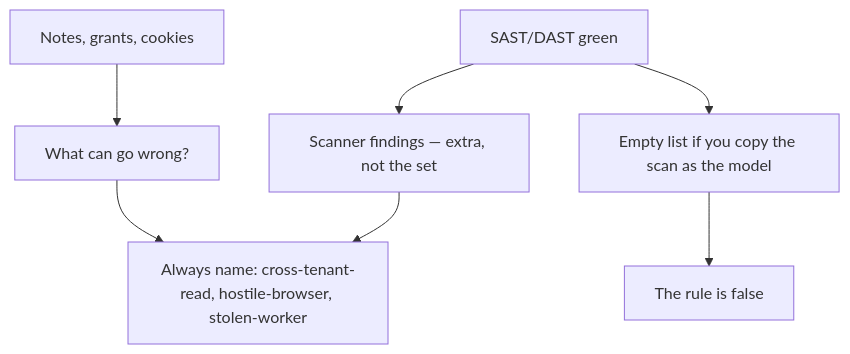
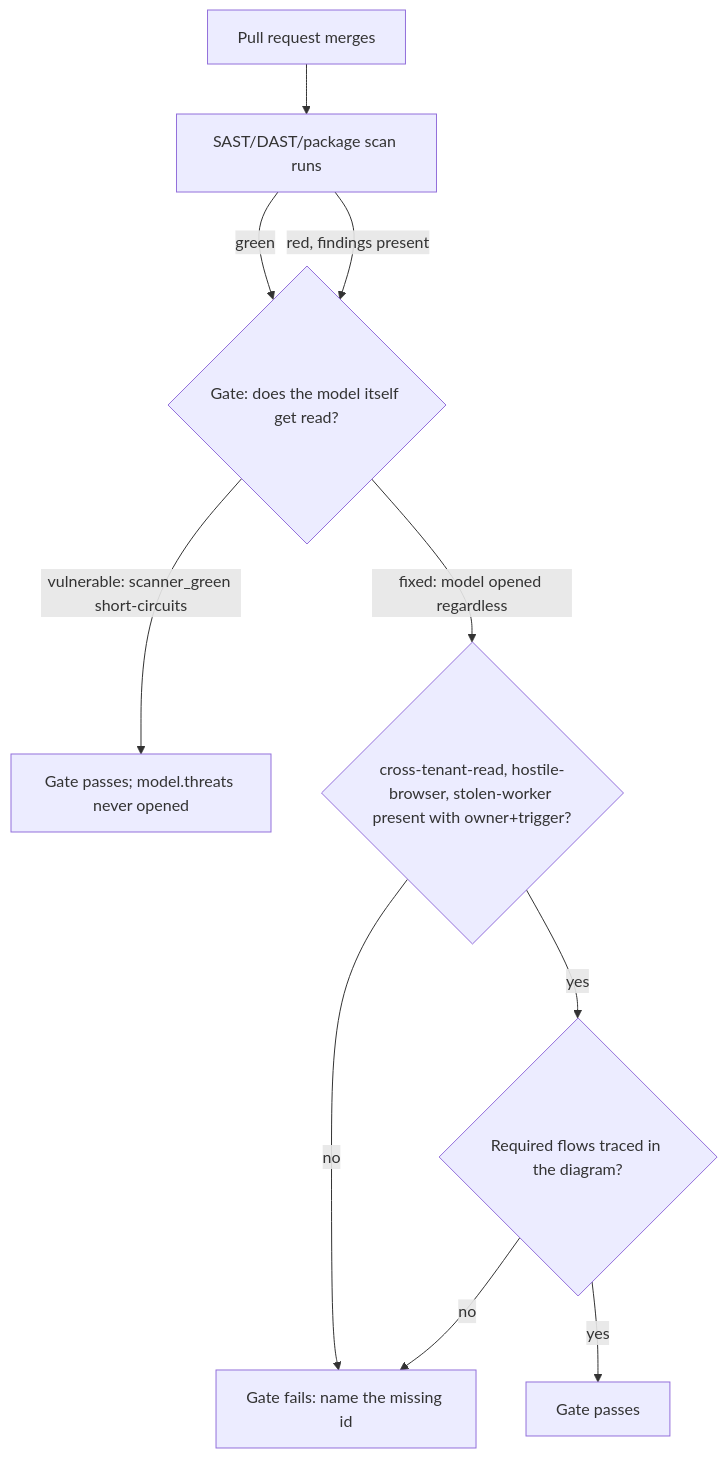
The diagram in content/modules/3/3.2/lessons/01-property.md (ishitvagoel/LearnSecurity), drawn with Mermaid before and after one commit. The commit also changed other lines of this file and 25 other files, not shown here.

````diff
--- a/content/modules/3/3.2/lessons/01-property.md
+++ b/content/modules/3/3.2/lessons/01-property.md
@@ -20,9 +39,12 @@
 ```mermaid
 flowchart TD
-  Assets["Notes, grants, cookies"] --> Q2["What can go wrong?"]
-  Q2 --> Seed["Always name: cross-tenant-read, hostile-browser, stolen-worker"]
-  Scan["SAST/DAST green"] --> Extra["Scanner findings — extra, not the set"]
-  Extra --> Seed
-  Scan --> Empty["Empty list if you copy the scan as the model"]
-  Empty --> Fail["The rule is false"]
+  PR["Pull request merges"] --> Scan["SAST/DAST/package scan runs"]
+  Scan -->|green| GateCheck{"Gate: does the model itself get read?"}
+  Scan -->|red, findings present| GateCheck
+  GateCheck -->|"vulnerable: scanner_green short-circuits"| PassNoModel["Gate passes; model.threats never opened"]
+  GateCheck -->|"fixed: model opened regardless"| ModelCheck{"cross-tenant-read, hostile-browser, stolen-worker present with owner+trigger?"}
+  ModelCheck -->|no| Fail["Gate fails: name the missing id"]
+  ModelCheck -->|yes| FlowCheck{"Required flows traced in the diagram?"}
+  FlowCheck -->|no| Fail
+  FlowCheck -->|yes| Pass["Gate passes"]
 ```
````
